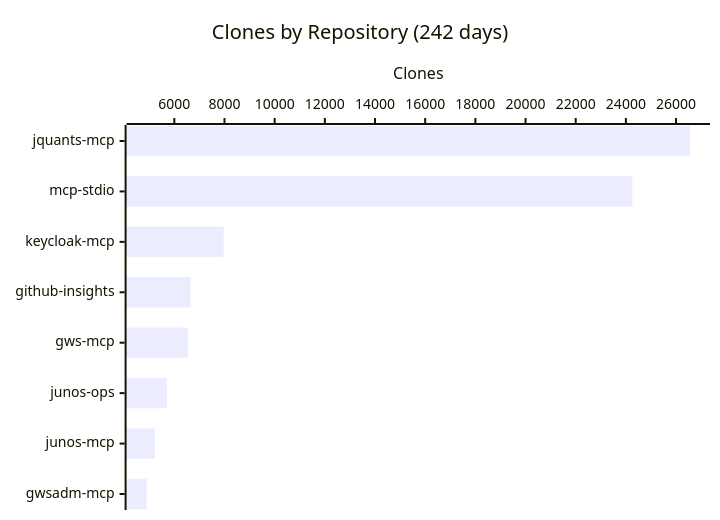
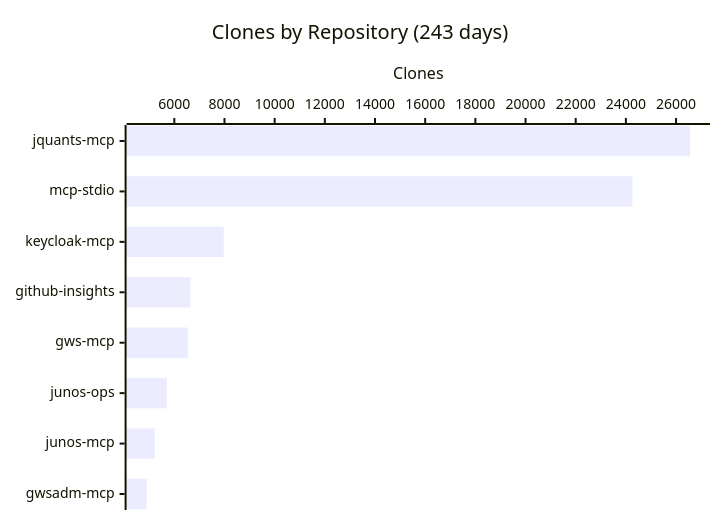
The fourth of 4 diagrams in README.md (shigechika/github-insights), drawn with Mermaid before and after one commit. The commit also changed other lines of this file and 1 other file, not shown here.

````diff
--- a/README.md
+++ b/README.md
@@ -58,7 +58,7 @@
 ```mermaid
 xychart-beta horizontal
-    title "Clones by Repository (242 days)"
+    title "Clones by Repository (243 days)"
     x-axis ["jquants-mcp", "mcp-stdio", "keycloak-mcp", "github-insights", "gws-mcp", "junos-ops", "junos-mcp", "gwsadm-mcp"]
     y-axis "Clones"
     bar [26555, 24260, 7970, 6642, 6542, 5703, 5222, 4896]
 ```
````
